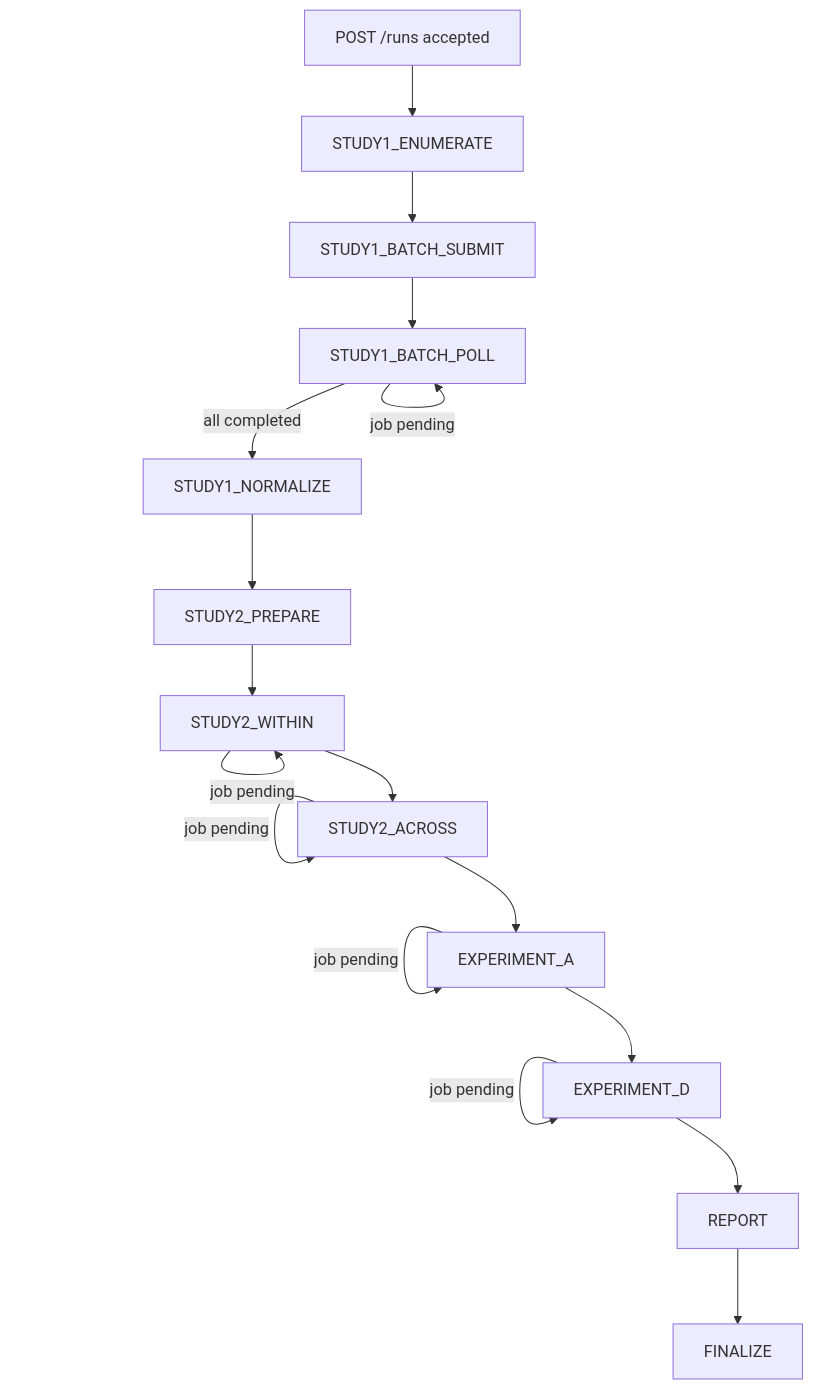
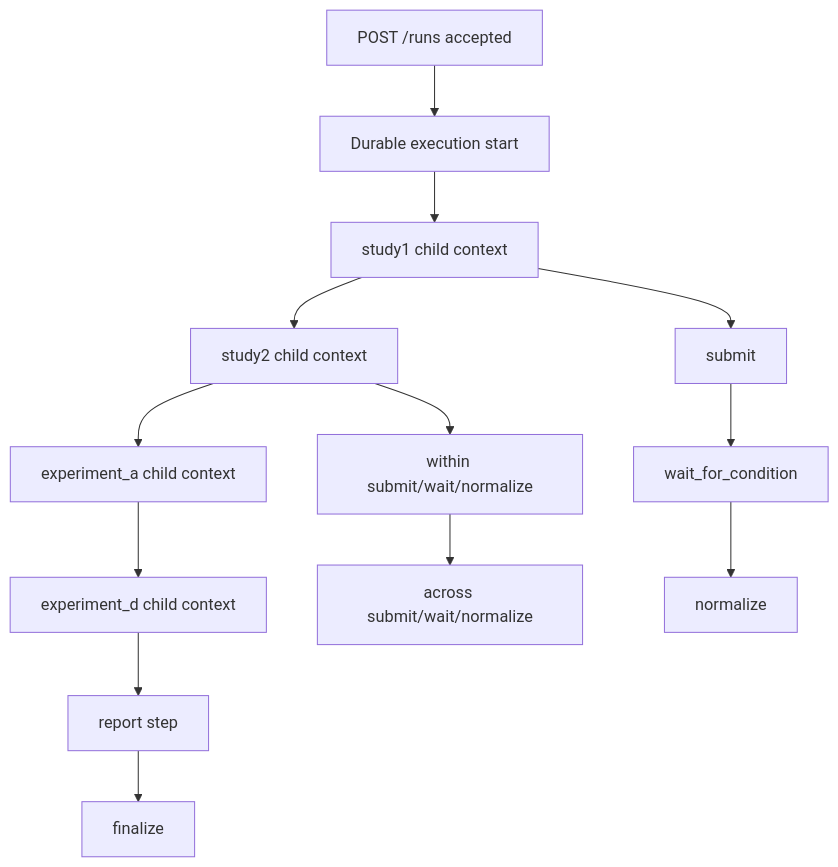
One commit to tsuji-tomonori/ReflectBench changed the first of 2 diagrams in docs/3.詳細設計(DD)/03.インフラ(INF)/21.デプロイ実装(DEP)/DD-INF-DEP-001.md. Above: the diagram before and after it, drawn with Mermaid. The commit also changed other lines of this file and 21 other files, not shown here.

````diff
--- a/docs/3.詳細設計(DD)/03.インフラ(INF)/21.デプロイ実装(DEP)/DD-INF-DEP-001.md
+++ b/docs/3.詳細設計(DD)/03.インフラ(INF)/21.デプロイ実装(DEP)/DD-INF-DEP-001.md
@@ -91,19 +105,15 @@
 ```mermaid
 flowchart TD
-  A[POST /runs accepted] --> B[STUDY1_ENUMERATE]
-  B --> C[STUDY1_BATCH_SUBMIT]
-  C --> D[STUDY1_BATCH_POLL]
-  D -->|job pending| D
-  D -->|all completed| E[STUDY1_NORMALIZE]
-  E --> F[STUDY2_PREPARE]
-  F --> G[STUDY2_WITHIN]
-  G -->|job pending| G
-  G --> H[STUDY2_ACROSS]
-  H -->|job pending| H
-  H --> I[EXPERIMENT_A]
-  I -->|job pending| I
-  I --> J[EXPERIMENT_D]
-  J -->|job pending| J
-  J --> K[REPORT]
-  K --> L[FINALIZE]
+  A[POST /runs accepted] --> B[Durable execution start]
+  B --> C[study1 child context]
+  C --> D[study2 child context]
+  D --> E[experiment_a child context]
+  E --> F[experiment_d child context]
+  F --> G[report step]
+  G --> H[finalize]
+  C --> C1[submit]
+  C1 --> C2[wait_for_condition]
+  C2 --> C3[normalize]
+  D --> D1[within submit/wait/normalize]
+  D1 --> D2[across submit/wait/normalize]
 ```
````
